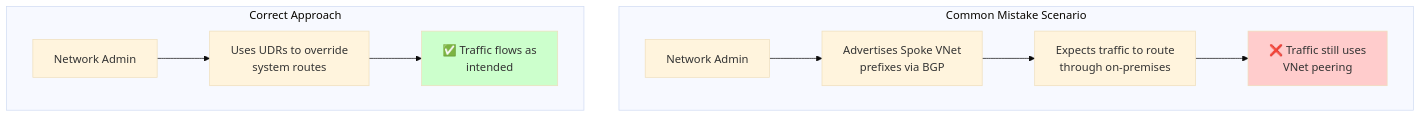
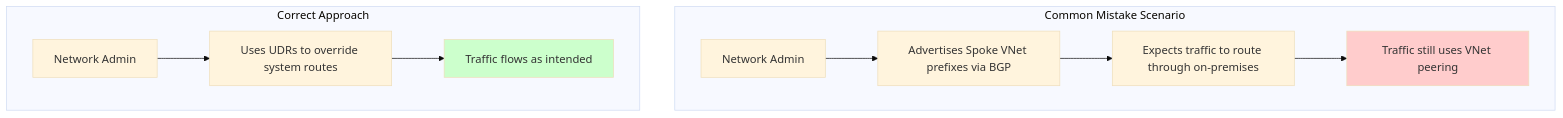
Before and after one commit to samirgonz/cloudarchitect-blog: the fourth of 13 diagrams in content/posts/azure-routing-rules-hybrid/index.md, drawn with Mermaid (base theme). The commit also changed other lines of this file, not shown here.

Commit message:
Fixing mermaid issue

````diff
--- a/content/posts/azure-routing-rules-hybrid/index.md
+++ b/content/posts/azure-routing-rules-hybrid/index.md
@@ -125,16 +127,16 @@
 ```mermaid
 graph TD
     subgraph "Common Mistake Scenario"
-        A[Network Admin] --> B[Advertises Spoke VNet<br/>prefixes via BGP]
-        B --> C[Expects traffic to route<br/>through on-premises]
-        C --> D[❌ Traffic still uses<br/>VNet peering]
+        A[Network Admin] --> B[Advertises Spoke VNet prefixes via BGP]
+        B --> C[Expects traffic to route through on-premises]
+        C --> D[Traffic still uses VNet peering]
     end
     
     subgraph "Correct Approach"
-        E[Network Admin] --> F[Uses UDRs to override<br/>system routes]
-        F --> G[✅ Traffic flows as<br/>intended]
+        E[Network Admin] --> F[Uses UDRs to override system routes]
+        F --> G[Traffic flows as intended]
     end
     
     style D fill:#ffcccc
     style G fill:#ccffcc
 ```
````
